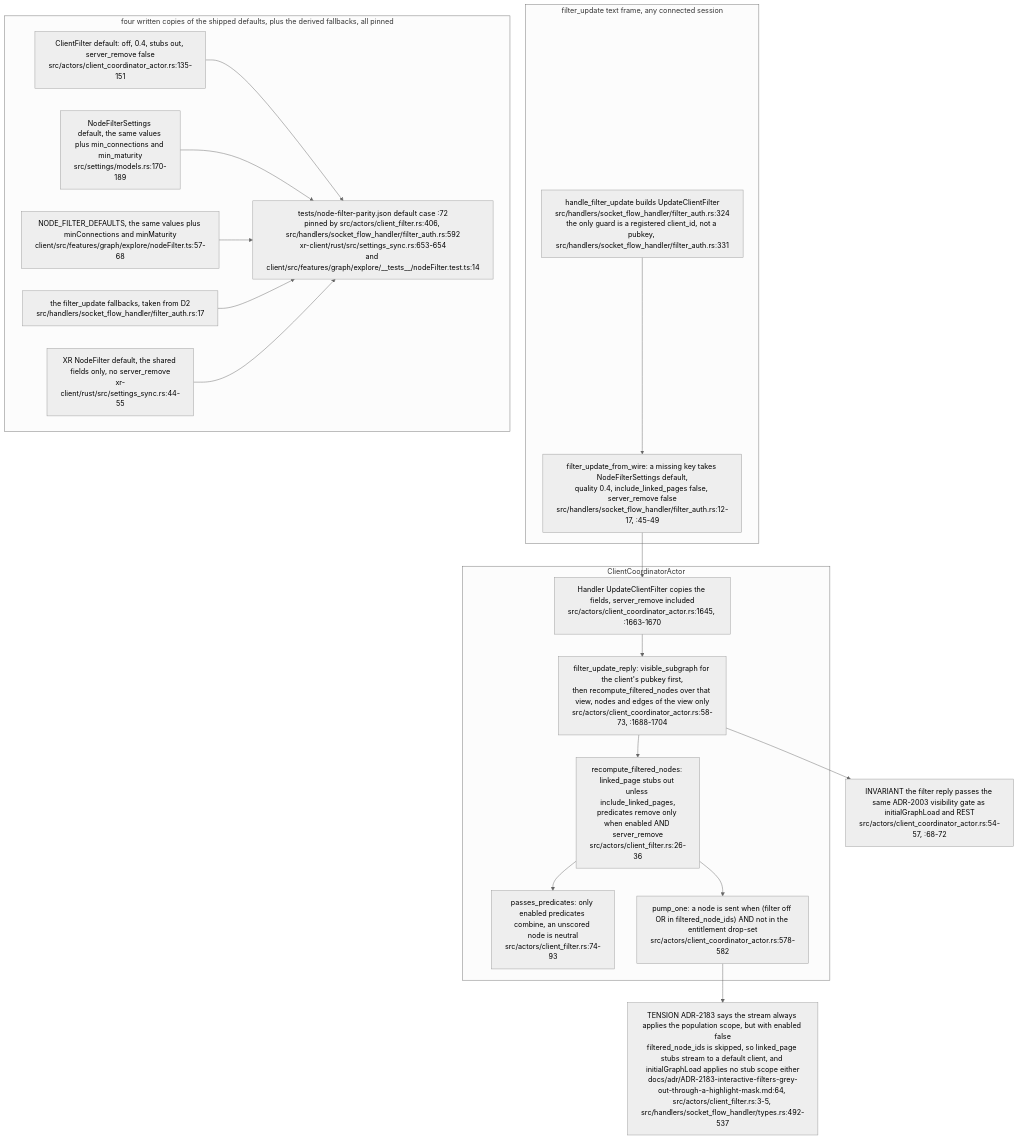
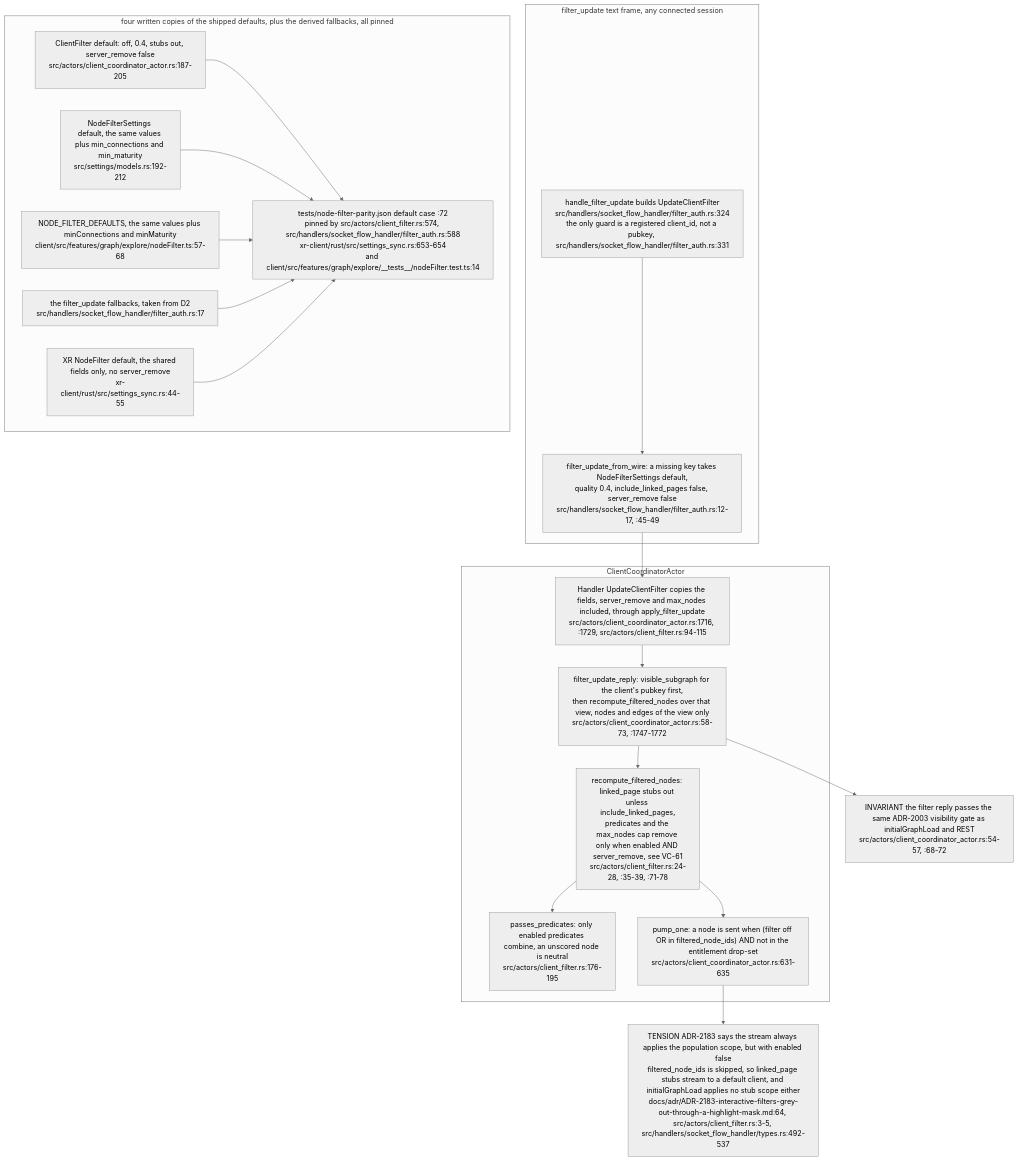
Before and after one commit to DreamLab-AI/VisionFlow: the eighth of 9 diagrams in docs/diagrams/visionclaw/13-broadcast-pipeline-and-websocket.md, drawn with Mermaid (neutral theme). The commit also changed other lines of this file and 81 other files, not shown here.

First line of the commit message:
docs(diagrams): roll VisionClaw topics to main 010e1109b (PR 37 and 38 merged); fix remaining prose citations

````diff
--- a/docs/diagrams/visionclaw/13-broadcast-pipeline-and-websocket.md
+++ b/docs/diagrams/visionclaw/13-broadcast-pipeline-and-websocket.md
@@ -459,33 +459,33 @@
 ```mermaid
 flowchart TB
     subgraph IN["filter_update text frame, any connected session"]
         FU["handle_filter_update builds UpdateClientFilter<br/>src/handlers/socket_flow_handler/filter_auth.rs:324<br/>the only guard is a registered client_id, not a pubkey, src/handlers/socket_flow_handler/filter_auth.rs:331"]
         FB["filter_update_from_wire: a missing key takes NodeFilterSettings default,<br/>quality 0.4, include_linked_pages false, server_remove false<br/>src/handlers/socket_flow_handler/filter_auth.rs:12-17, :45-49"]
         FU --> FB
     end
     subgraph CC["ClientCoordinatorActor"]
-        UH["Handler UpdateClientFilter copies the fields, server_remove included<br/>src/actors/client_coordinator_actor.rs:1645, :1663-1670"]
-        REP["filter_update_reply: visible_subgraph for the client's pubkey first,<br/>then recompute_filtered_nodes over that view, nodes and edges of the view only<br/>src/actors/client_coordinator_actor.rs:58-73, :1688-1704"]
-        RC["recompute_filtered_nodes: linked_page stubs out unless include_linked_pages,<br/>predicates remove only when enabled AND server_remove<br/>src/actors/client_filter.rs:26-36"]
-        PR["passes_predicates: only enabled predicates combine, an unscored node is neutral<br/>src/actors/client_filter.rs:74-93"]
-        PUMP["pump_one: a node is sent when (filter off OR in filtered_node_ids) AND not in the entitlement drop-set<br/>src/actors/client_coordinator_actor.rs:578-582"]
+        UH["Handler UpdateClientFilter copies the fields, server_remove and max_nodes included, through apply_filter_update<br/>src/actors/client_coordinator_actor.rs:1716, :1729, src/actors/client_filter.rs:94-115"]
+        REP["filter_update_reply: visible_subgraph for the client's pubkey first,<br/>then recompute_filtered_nodes over that view, nodes and edges of the view only<br/>src/actors/client_coordinator_actor.rs:58-73, :1747-1772"]
+        RC["recompute_filtered_nodes: linked_page stubs out unless include_linked_pages,<br/>predicates and the max_nodes cap remove only when enabled AND server_remove, see VC-61<br/>src/actors/client_filter.rs:24-28, :35-39, :71-78"]
+        PR["passes_predicates: only enabled predicates combine, an unscored node is neutral<br/>src/actors/client_filter.rs:176-195"]
+        PUMP["pump_one: a node is sent when (filter off OR in filtered_node_ids) AND not in the entitlement drop-set<br/>src/actors/client_coordinator_actor.rs:631-635"]
         UH --> REP --> RC --> PR
         RC --> PUMP
     end
     subgraph DEF["four written copies of the shipped defaults, plus the derived fallbacks, all pinned"]
-        D1["ClientFilter default: off, 0.4, stubs out, server_remove false<br/>src/actors/client_coordinator_actor.rs:135-151"]
-        D2["NodeFilterSettings default, the same values plus min_connections and min_maturity<br/>src/settings/models.rs:170-189"]
+        D1["ClientFilter default: off, 0.4, stubs out, server_remove false<br/>src/actors/client_coordinator_actor.rs:187-205"]
+        D2["NodeFilterSettings default, the same values plus min_connections and min_maturity<br/>src/settings/models.rs:192-212"]
         D3["NODE_FILTER_DEFAULTS, the same values plus minConnections and minMaturity<br/>client/src/features/graph/explore/nodeFilter.ts:57-68"]
         D5["XR NodeFilter default, the shared fields only, no server_remove<br/>xr-client/rust/src/settings_sync.rs:44-55"]
         D4["the filter_update fallbacks, taken from D2<br/>src/handlers/socket_flow_handler/filter_auth.rs:17"]
-        FIX["tests/node-filter-parity.json default case :72<br/>pinned by src/actors/client_filter.rs:406, src/handlers/socket_flow_handler/filter_auth.rs:592<br/>xr-client/rust/src/settings_sync.rs:653-654<br/>and client/src/features/graph/explore/__tests__/nodeFilter.test.ts:14"]
+        FIX["tests/node-filter-parity.json default case :72<br/>pinned by src/actors/client_filter.rs:574, src/handlers/socket_flow_handler/filter_auth.rs:588<br/>xr-client/rust/src/settings_sync.rs:653-654<br/>and client/src/features/graph/explore/__tests__/nodeFilter.test.ts:14"]
         D1 --> FIX
         D2 --> FIX
         D3 --> FIX
         D4 --> FIX
         D5 --> FIX
     end
     FB --> UH
     REP --> I1["INVARIANT the filter reply passes the same ADR-2003 visibility gate as initialGraphLoad and REST<br/>src/actors/client_coordinator_actor.rs:54-57, :68-72"]
     PUMP --> T2["TENSION ADR-2183 says the stream always applies the population scope, but with enabled false<br/>filtered_node_ids is skipped, so linked_page stubs stream to a default client, and initialGraphLoad applies no stub scope either<br/>docs/adr/ADR-2183-interactive-filters-grey-out-through-a-highlight-mask.md:64, src/actors/client_filter.rs:3-5, src/handlers/socket_flow_handler/types.rs:492-537"]
 ```
````
